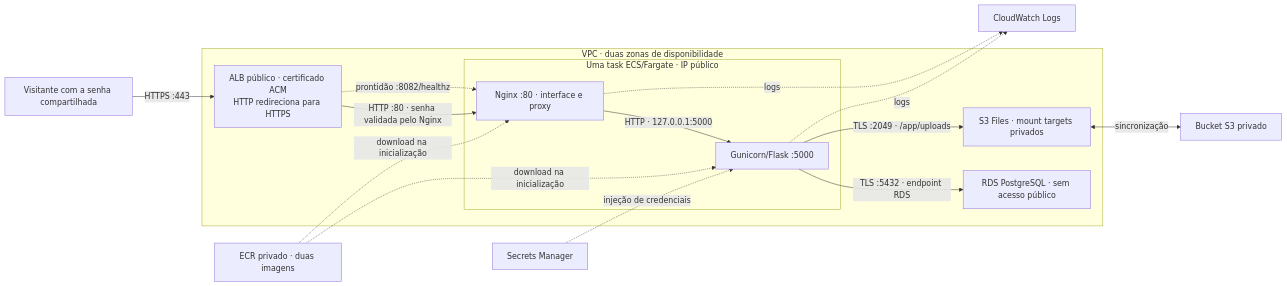
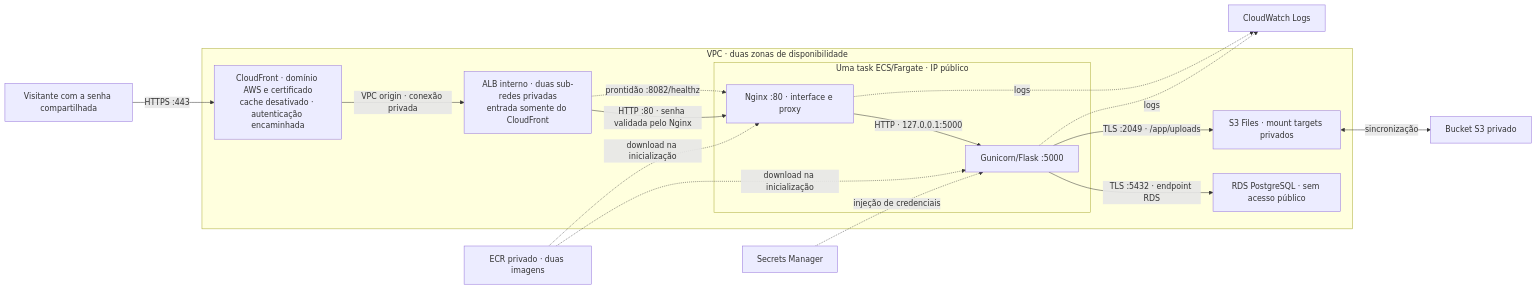
One commit to lucasmotareis/G1-Nuvem changed the diagram in docs/GUIA_AWS.md. Above: the diagram before and after it, drawn with Mermaid. The commit also changed other lines of this file and 27 other files, not shown here.

Commit message:
Conclui implantacao AWS e valida ambiente para apresentacao

````diff
--- a/docs/GUIA_AWS.md
+++ b/docs/GUIA_AWS.md
@@ -39,24 +42,24 @@
 ```mermaid
 flowchart LR
-    PC["Visitante com a senha compartilhada"] -->|"HTTPS :443"| ALB
+    PC["Visitante com a senha compartilhada"] -->|"HTTPS :443"| CF["CloudFront · domínio AWS e certificado<br/>cache desativado · autenticação encaminhada"]
     ECR["ECR privado · duas imagens"] -. "download na inicialização" .-> WEB
     ECR -. "download na inicialização" .-> FRONT
     SM["Secrets Manager"] -. "injeção de credenciais" .-> WEB
     subgraph VPC["VPC · duas zonas de disponibilidade"]
-        ALB["ALB público · certificado ACM<br/>HTTP redireciona para HTTPS"]
+        CF -->|"VPC origin · conexão privada"| ALB["ALB interno · duas sub-redes privadas<br/>entrada somente do CloudFront"]
         ALB -->|"HTTP :80 · senha validada pelo Nginx"| FRONT
         ALB -. "prontidão :8082/healthz" .-> FRONT
         subgraph TASK["Uma task ECS/Fargate · IP público"]
             FRONT["Nginx :80 · interface e proxy"]
             WEB["Gunicorn/Flask :5000"]
             FRONT -->|"HTTP · 127.0.0.1:5000"| WEB
         end
         DB["RDS PostgreSQL · sem acesso público"]
         FS["S3 Files · mount targets privados"]
         WEB -->|"TLS :5432 · endpoint RDS"| DB
         WEB -->|"TLS :2049 · /app/uploads"| FS
     end
     FS <-->|"sincronização"| S3["Bucket S3 privado"]
     WEB -. "logs" .-> CW["CloudWatch Logs"]
     FRONT -. "logs" .-> CW
 ```
````
